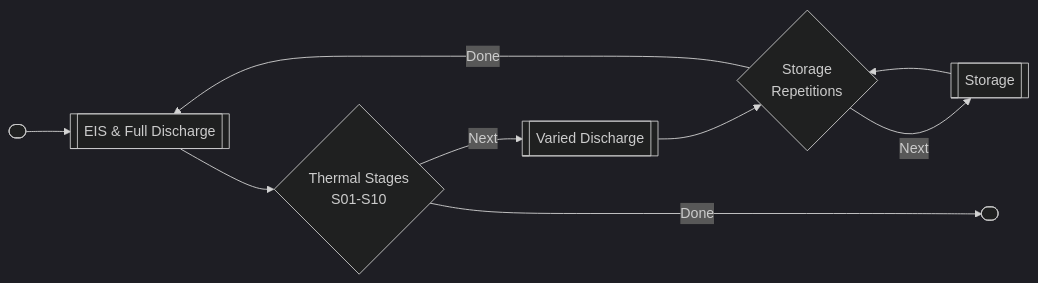
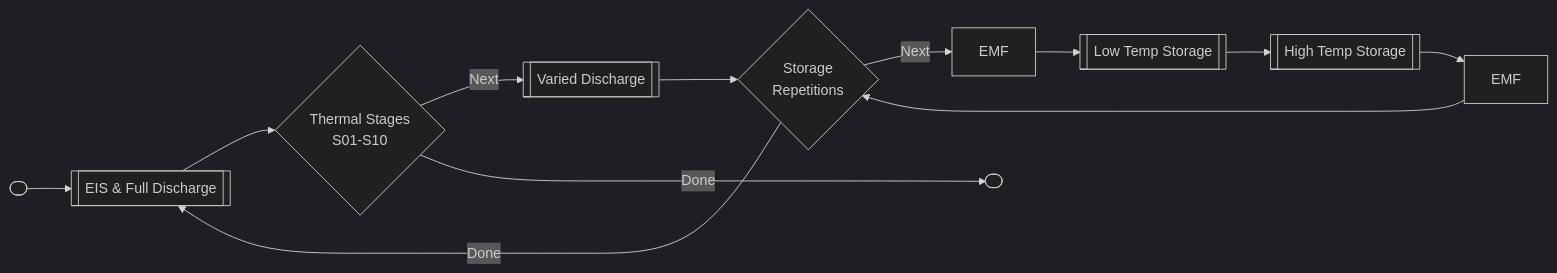
One commit to UCT-MARiS/SISPS-EXP-SOH changed the first of 3 diagrams in Docs/UCT003 SoH Methodology.md. Above: the diagram before and after it, drawn with Mermaid (dark theme). The commit also changed 5 other files, not shown here.

````diff
--- a/Docs/UCT003 SoH Methodology.md
+++ b/Docs/UCT003 SoH Methodology.md
@@ -55,21 +55,27 @@
 ```mermaid
 flowchart LR
 
 start([ ])
 stage{Thermal Stages <br> S01-S10}
 repetition{Storage <br> Repetitions}
 varied[[Varied Discharge]]
-storage[[Storage]]
+coldStorage[[Low Temp Storage]]
+warmStorage[[High Temp Storage]]
+emfPre[EMF]
+emfPost[EMF]
 discharge[[EIS & Full Discharge]]
 done([ ])
 
 start --> discharge
 stage -->|Next| varied
 varied --> repetition
-repetition -->|Next| storage
-storage --> repetition
+repetition -->|Next| emfPre
+emfPre --> coldStorage
+coldStorage --> warmStorage
+warmStorage --> emfPost
+emfPost --> repetition
 repetition -->|Done| discharge
 discharge --> stage
 
 stage ---->|Done| done
 ```
````
